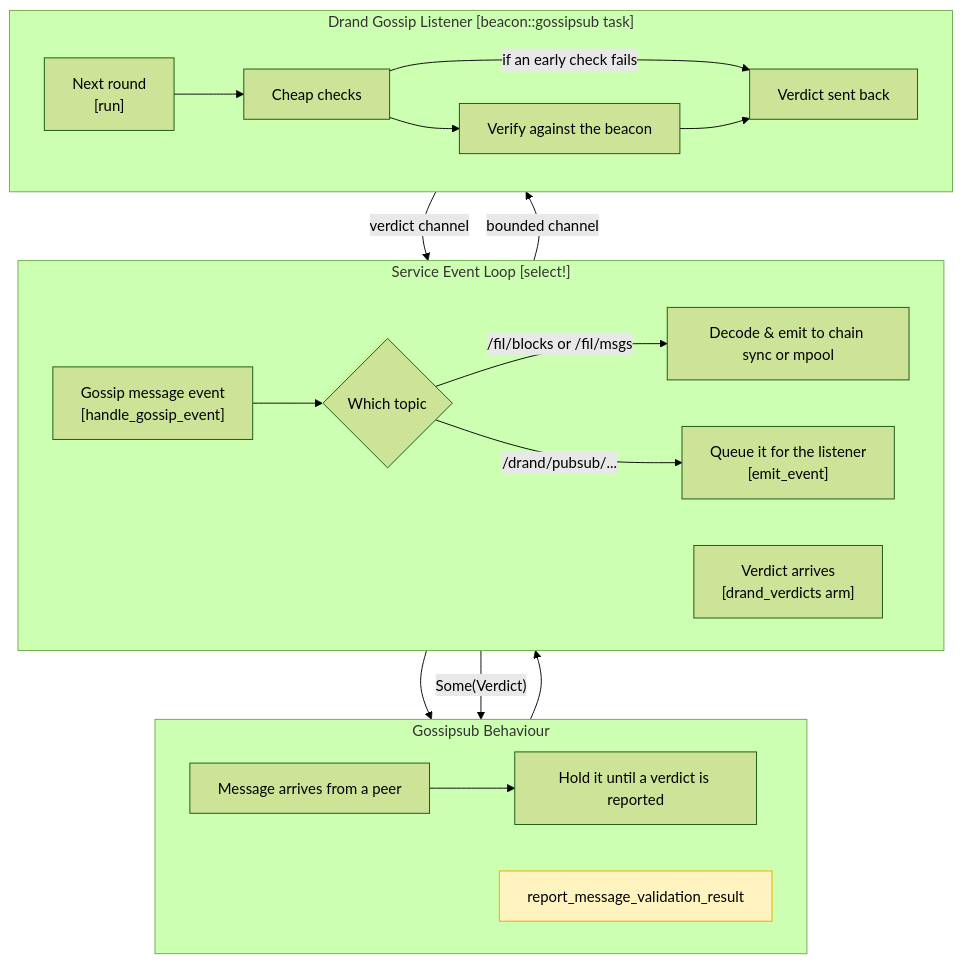
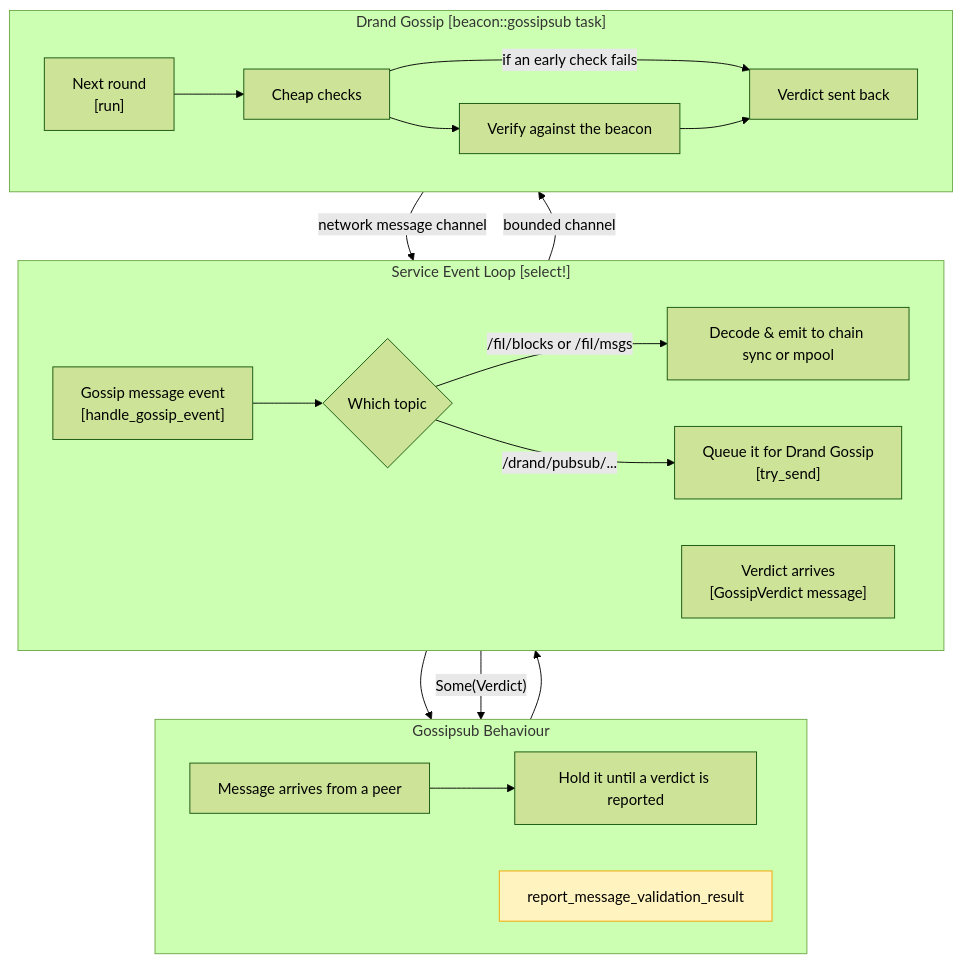
Before and after one commit to ChainSafe/forest: the fourth of 4 diagrams in docs/docs/developers/deep_dives/drand_gossipsub.md, drawn with Mermaid (forest theme). The commit also changed other lines of this file and 8 other files, not shown here.

Commit message:
chore: remove listener, use drand gossip only, setup similarly to chain_follower

````diff
--- a/docs/docs/developers/deep_dives/drand_gossipsub.md
+++ b/docs/docs/developers/deep_dives/drand_gossipsub.md
@@ -82,42 +82,42 @@
 ```mermaid
 flowchart TB
   subgraph gs["Gossipsub Behaviour"]
     direction LR
     rx["Message arrives from a peer"]
     hold["Hold it until a verdict is reported"]
     report["report_message_validation_result"]
     rx --> hold
   end
 
   subgraph loop["Service Event Loop [select!]"]
     direction LR
     event["Gossip message event<br>[handle_gossip_event]"]
     topic{"Which topic"}
     decode["Decode & emit to chain sync or mpool"]
-    offer["Queue it for the listener<br>[emit_event]"]
-    verdict["Verdict arrives<br>[drand_verdicts arm]"]
+    offer["Queue it for Drand Gossip<br>[try_send]"]
+    verdict["Verdict arrives<br>[GossipVerdict message]"]
     event --> topic
     topic -- "/fil/blocks or /fil/msgs" --> decode
     topic -- "/drand/pubsub/..." --> offer
   end
 
-  subgraph drand["Drand Gossip Listener [beacon::gossipsub task]"]
+  subgraph drand["Drand Gossip [beacon::gossipsub task]"]
     direction LR
     run["Next round<br>[run]"]
     checks["Cheap checks"]
     verify["Verify against the beacon"]
     decided["Verdict sent back"]
     run --> checks
     checks --> verify
     checks -- "if an early check fails" --> decided
     verify --> decided
   end
 
   hold --> event
   offer -- "bounded channel" --> run
-  decided -- "verdict channel" --> verdict
+  decided -- "network message channel" --> verdict
   verdict --> report
   decode -- "Some(Verdict)" --> report
 
   style report fill:#fff3bf,stroke:#f0a500
 ```
````
